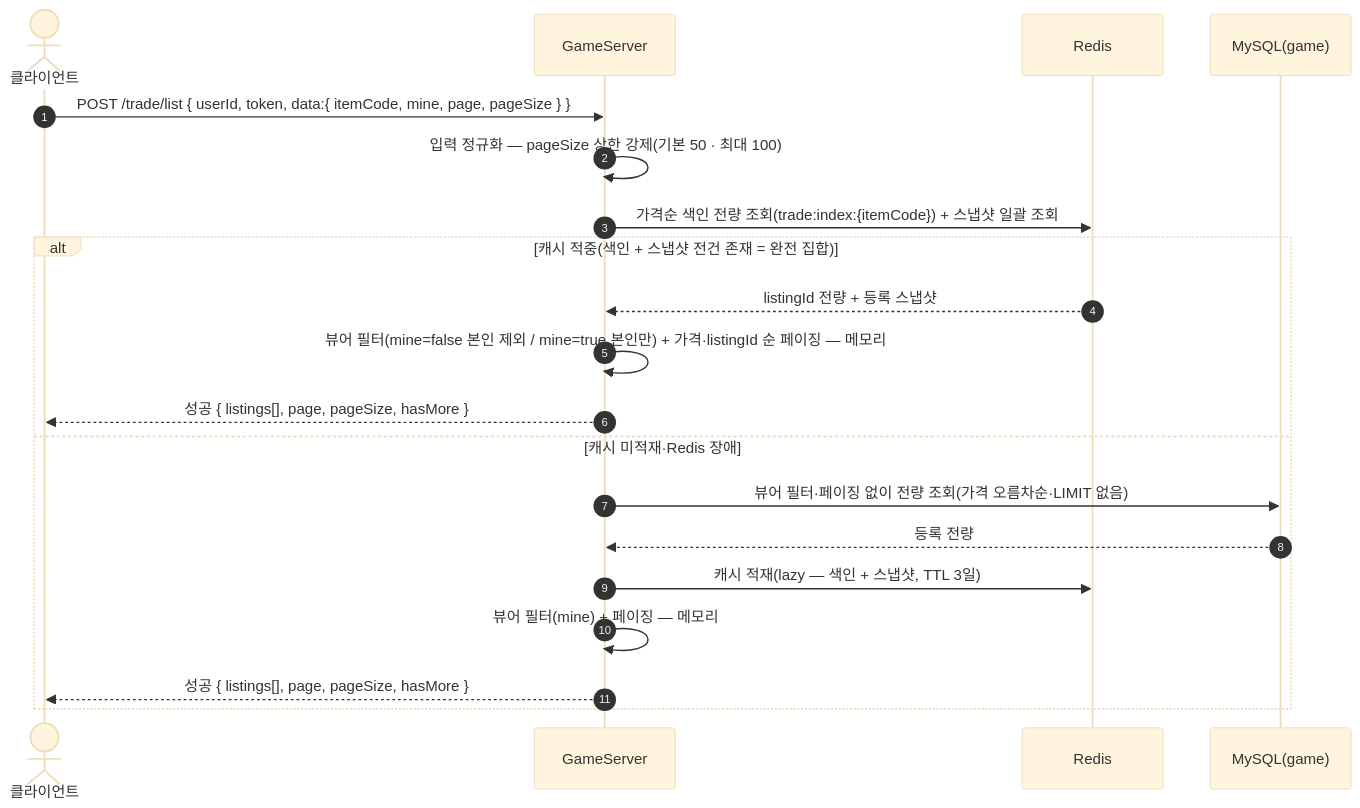
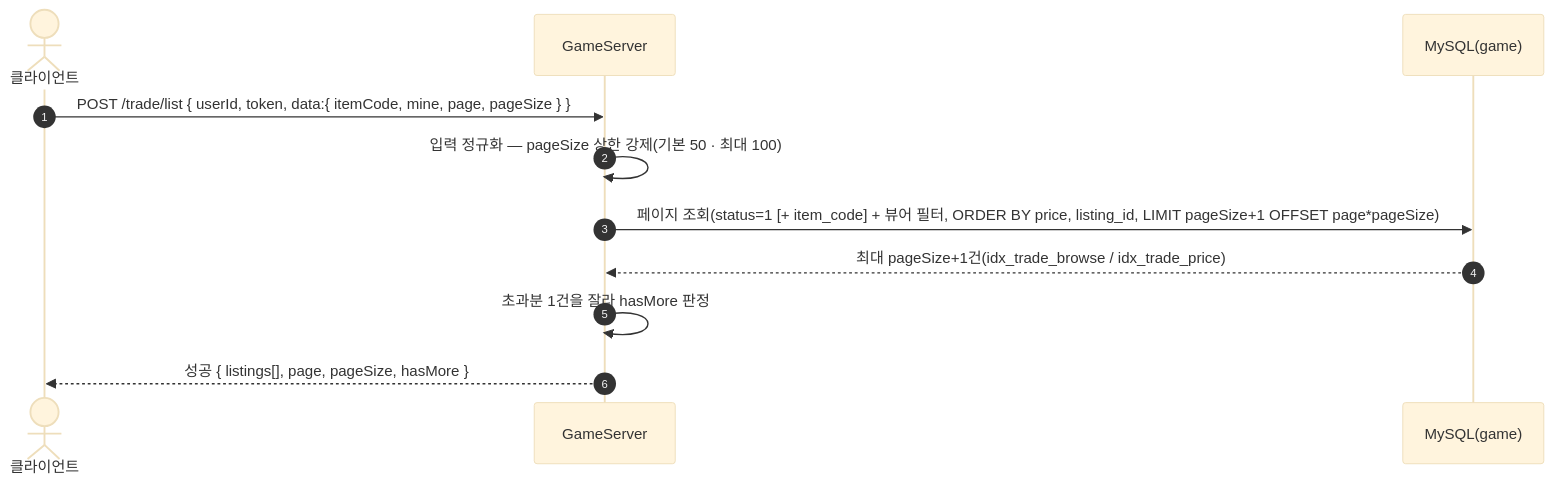
Diagram 25 of 38 in SequenceDiagram/README.md (ks-wook/com2us-taskbar-hero), drawn with Mermaid (base theme) before and after one commit. The commit also changed other lines of this file and 9 other files, not shown here.

````diff
--- a/SequenceDiagram/README.md
+++ b/SequenceDiagram/README.md
@@ -779,23 +779,14 @@
 ```mermaid
 sequenceDiagram
     autonumber
     actor C as 클라이언트
     participant S as GameServer
-    participant R as Redis
     participant DB as MySQL(game)
 
     C->>S: POST /trade/list { userId, token, data:{ itemCode, mine, page, pageSize } }
     S->>S: 입력 정규화 — pageSize 상한 강제(기본 50 · 최대 100)
-    S->>R: 가격순 색인 전량 조회(trade:index:{itemCode}) + 스냅샷 일괄 조회
-    alt 캐시 적중(색인 + 스냅샷 전건 존재 = 완전 집합)
-        R-->>S: listingId 전량 + 등록 스냅샷
-        S->>S: 뷰어 필터(mine=false 본인 제외 / mine=true 본인만) + 가격·listingId 순 페이징 — 메모리
-        S-->>C: 성공 { listings[], page, pageSize, hasMore }
-    else 캐시 미적재·Redis 장애
-        S->>DB: 뷰어 필터·페이징 없이 전량 조회(가격 오름차순·LIMIT 없음)
-        DB-->>S: 등록 전량
-        S->>R: 캐시 적재(lazy — 색인 + 스냅샷, TTL 3일)
-        S->>S: 뷰어 필터(mine) + 페이징 — 메모리
-        S-->>C: 성공 { listings[], page, pageSize, hasMore }
-    end
+    S->>DB: 페이지 조회(status=1 [+ item_code] + 뷰어 필터, ORDER BY price, listing_id, LIMIT pageSize+1 OFFSET page*pageSize)
+    DB-->>S: 최대 pageSize+1건(idx_trade_browse / idx_trade_price)
+    S->>S: 초과분 1건을 잘라 hasMore 판정
+    S-->>C: 성공 { listings[], page, pageSize, hasMore }
 ```
````
